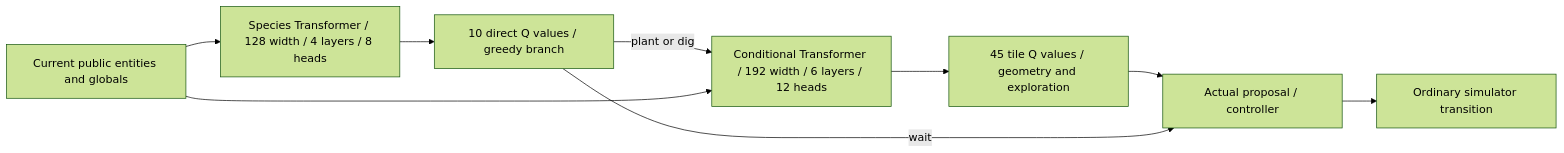
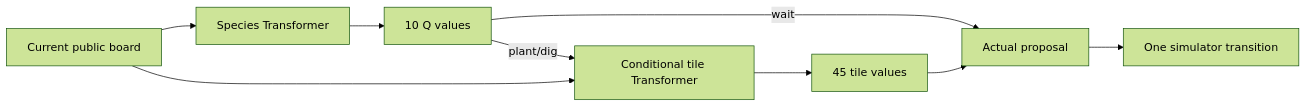
The first of 3 diagrams in docs/architecture.md (Comb1e/RL-Pvz), drawn with Mermaid (forest theme) before and after one commit. The commit also changed other lines of this file and 47 other files, not shown here.

````diff
--- a/docs/architecture.md
+++ b/docs/architecture.md
@@ -36,11 +24,11 @@
 ```mermaid
 flowchart LR
-    Board[Current public entities and globals] --> Species[Species Transformer / 128 width / 4 layers / 8 heads]
-    Species --> Branch[10 direct Q values / greedy branch]
-    Branch -->|plant or dig| Tile[Conditional Transformer / 192 width / 6 layers / 12 heads]
-    Board --> Tile
-    Tile --> Values[45 tile Q values / geometry and exploration]
-    Values --> Action[Actual proposal / controller]
-    Branch -->|wait| Action
-    Action --> Simulator[Ordinary simulator transition]
+    Board[Current public board] --> Species[Species Transformer]
+    Species --> Branch[10 Q values]
+    Branch -->|plant/dig| Tiles[Conditional tile Transformer]
+    Board --> Tiles
+    Tiles --> Placement[45 tile values]
+    Branch -->|wait| Action[Actual proposal]
+    Placement --> Action
+    Action --> Game[One simulator transition]
 ```
````
